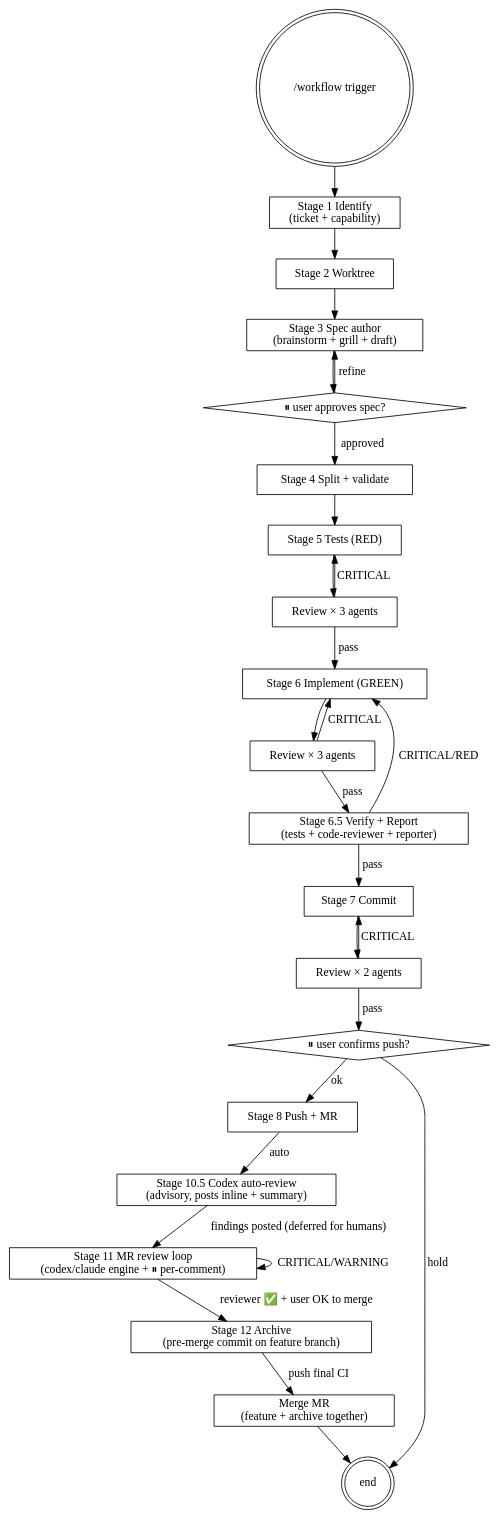
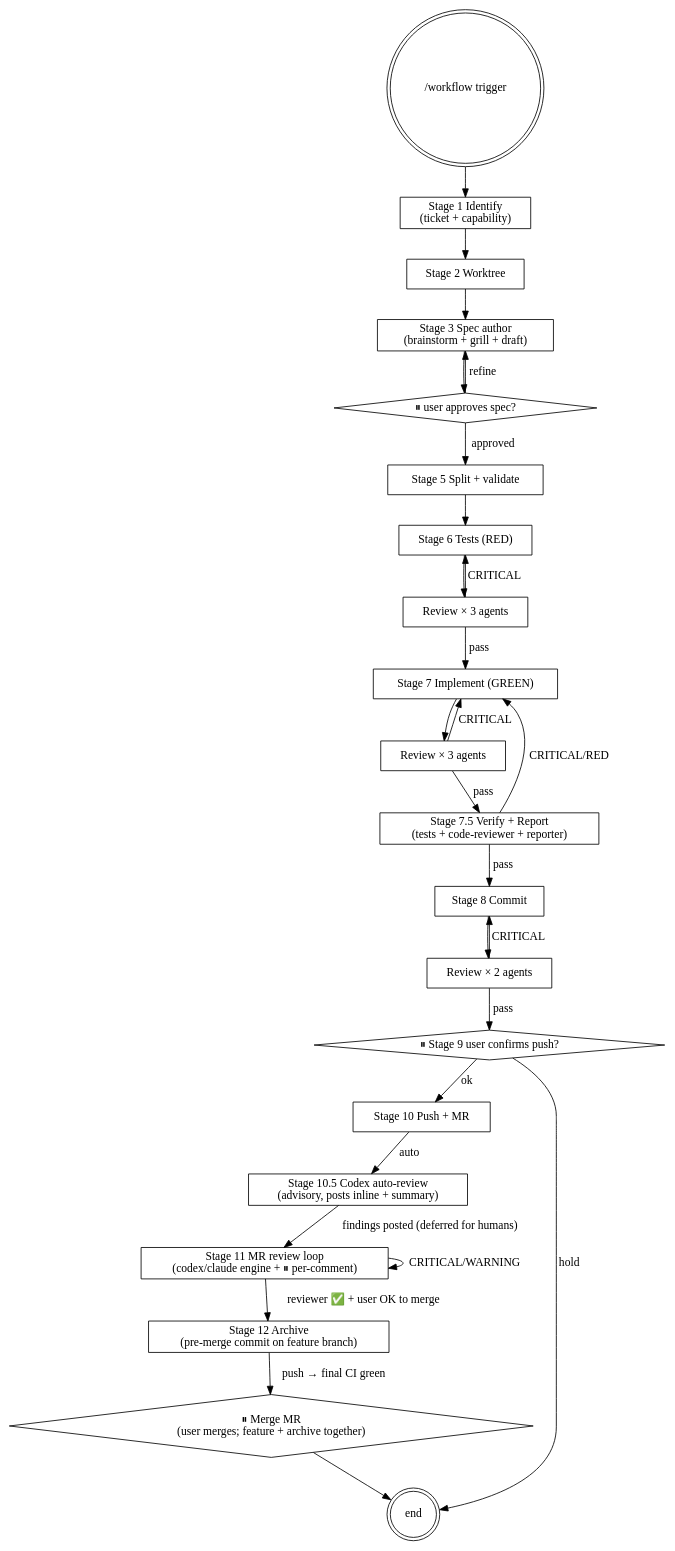
Before and after one commit to Chiao75543/claude-workflow: the diagram in skills/workflow-orchestrator/SKILL.md, drawn with Graphviz. The commit also changed other lines of this file and 3 other files, not shown here.

````diff
--- a/skills/workflow-orchestrator/SKILL.md
+++ b/skills/workflow-orchestrator/SKILL.md
@@ -40,47 +40,47 @@
 ```dot
 digraph workflow {
   start [shape=doublecircle, label="/workflow trigger"];
   ident [shape=box, label="Stage 1 Identify\n(ticket + capability)"];
   wt [shape=box, label="Stage 2 Worktree"];
   spec [shape=box, label="Stage 3 Spec author\n(brainstorm + grill + draft)"];
   user1 [shape=diamond, label="⏸ user approves spec?"];
-  split [shape=box, label="Stage 4 Split + validate"];
-  tests [shape=box, label="Stage 5 Tests (RED)"];
+  split [shape=box, label="Stage 5 Split + validate"];
+  tests [shape=box, label="Stage 6 Tests (RED)"];
   rev_t [shape=box, label="Review × 3 agents"];
-  impl [shape=box, label="Stage 6 Implement (GREEN)"];
+  impl [shape=box, label="Stage 7 Implement (GREEN)"];
   rev_i [shape=box, label="Review × 3 agents"];
-  verify_report [shape=box, label="Stage 6.5 Verify + Report\n(tests + code-reviewer + reporter)"];
-  commit [shape=box, label="Stage 7 Commit"];
+  verify_report [shape=box, label="Stage 7.5 Verify + Report\n(tests + code-reviewer + reporter)"];
+  commit [shape=box, label="Stage 8 Commit"];
   rev_c [shape=box, label="Review × 2 agents"];
-  user2 [shape=diamond, label="⏸ user confirms push?"];
-  push [shape=box, label="Stage 8 Push + MR"];
+  user2 [shape=diamond, label="⏸ Stage 9 user confirms push?"];
+  push [shape=box, label="Stage 10 Push + MR"];
   done [shape=doublecircle, label="end"];
 
   start -> ident -> wt -> spec -> user1;
   user1 -> spec [label="refine"];
   user1 -> split [label="approved"];
   split -> tests -> rev_t;
   rev_t -> tests [label="CRITICAL"];
   rev_t -> impl [label="pass"];
   impl -> rev_i;
   rev_i -> impl [label="CRITICAL"];
   rev_i -> verify_report [label="pass"];
   verify_report -> impl [label="CRITICAL/RED"];
   verify_report -> commit [label="pass"];
   commit -> rev_c;
   rev_c -> commit [label="CRITICAL"];
   rev_c -> user2 [label="pass"];
   codex_rev [shape=box, label="Stage 10.5 Codex auto-review\n(advisory, posts inline + summary)"];
   mr_loop [shape=box, label="Stage 11 MR review loop\n(codex/claude engine + ⏸ per-comment)"];
   archive [shape=box, label="Stage 12 Archive\n(pre-merge commit on feature branch)"];
-  merge_mr [shape=box, label="Merge MR\n(feature + archive together)"];
+  merge_mr [shape=diamond, label="⏸ Merge MR\n(user merges; feature + archive together)"];
   user2 -> push [label="ok"];
   user2 -> done [label="hold"];
   push -> codex_rev [label="auto"];
   codex_rev -> mr_loop [label="findings posted (deferred for humans)"];
   mr_loop -> mr_loop [label="CRITICAL/WARNING"];
   mr_loop -> archive [label="reviewer ✅ + user OK to merge"];
-  archive -> merge_mr [label="push final CI"];
+  archive -> merge_mr [label="push → final CI green"];
   merge_mr -> done;
 }
 ```
````
